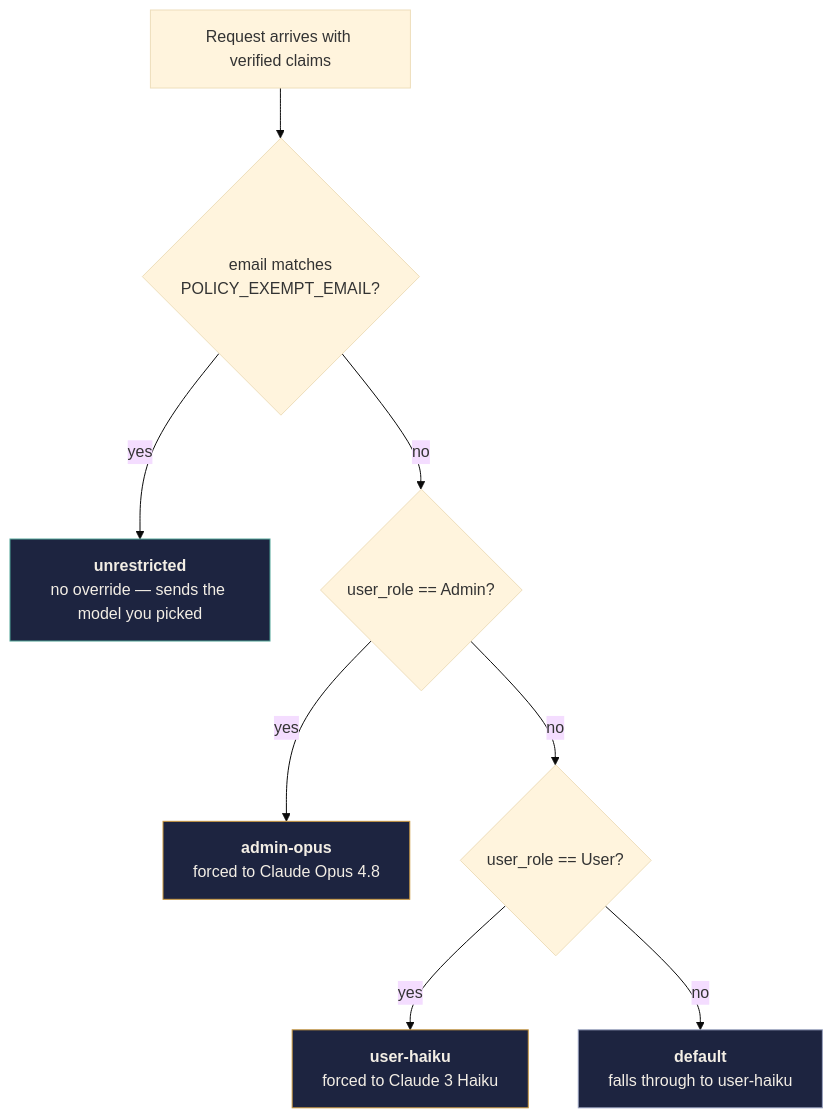
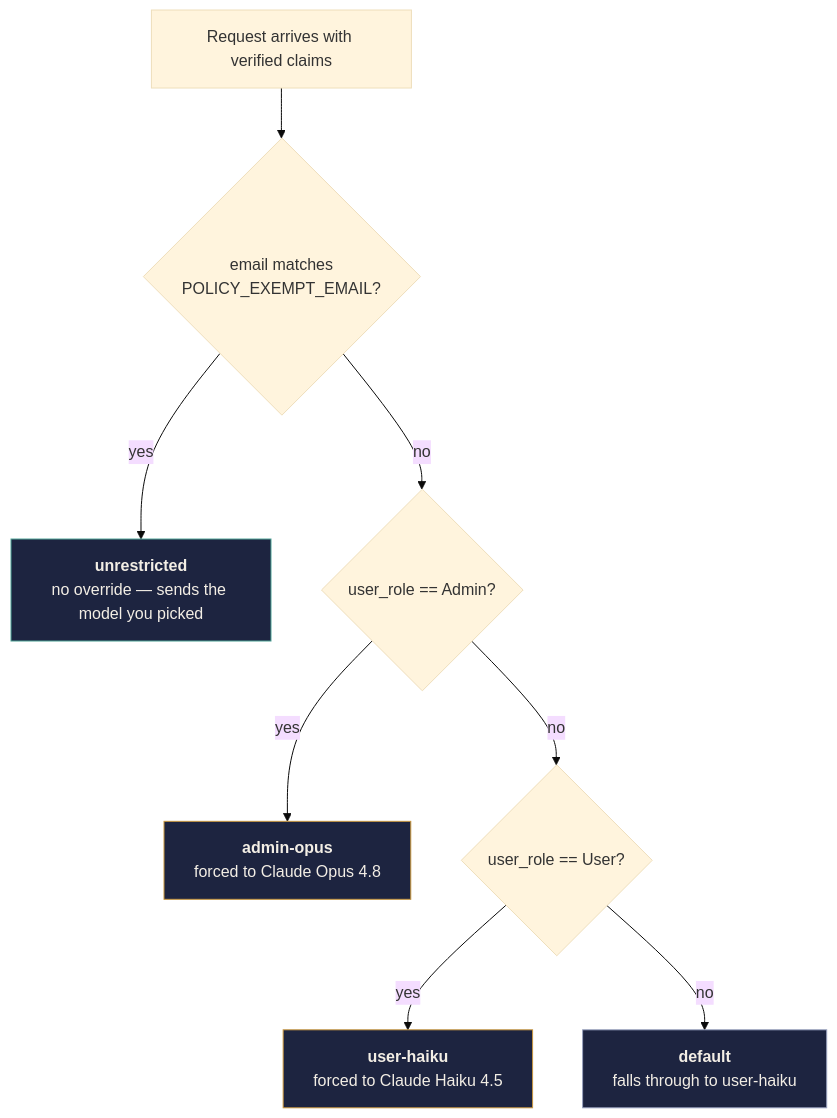
The second of 2 diagrams in README.md (sergeiudo/AI-Gateway-JWT-Demo), drawn with Mermaid (base theme) before and after one commit. The commit also changed other lines of this file and 2 other files, not shown here.

Commit message:
Move the standard user tier to Claude Haiku 4.5
Claude 3 Haiku is dropped in favour of Claude Haiku 4.5, which becomes both the
dropdown default and the model the user-haiku target pins. The newer id needs
the cross-region inference profile prefix, unlike Haiku 3 which resolved bare.

Updated alongside it: the live diagram's target row and scenario narration, the
README routing config and decision tree, and the static architecture SVG.

````diff
--- a/README.md
+++ b/README.md
@@ -210,15 +210,15 @@
 ```mermaid
 flowchart TD
     Q["Request arrives with verified claims"] --> C1{"email matches<br/>POLICY_EXEMPT_EMAIL?"}
     C1 -->|yes| T1["<b>unrestricted</b><br/>no override — sends the model you picked"]
     C1 -->|no| C2{"user_role == Admin?"}
     C2 -->|yes| T2["<b>admin-opus</b><br/>forced to Claude Opus 4.8"]
     C2 -->|no| C3{"user_role == User?"}
-    C3 -->|yes| T3["<b>user-haiku</b><br/>forced to Claude 3 Haiku"]
+    C3 -->|yes| T3["<b>user-haiku</b><br/>forced to Claude Haiku 4.5"]
     C3 -->|no| T4["<b>default</b><br/>falls through to user-haiku"]
 
     style T1 fill:#1d2440,stroke:#4fa396,color:#f3eee5
     style T2 fill:#1d2440,stroke:#c9973f,color:#f3eee5
     style T3 fill:#1d2440,stroke:#c9973f,color:#f3eee5
     style T4 fill:#1d2440,stroke:#98a1be,color:#f3eee5
 ```
````
